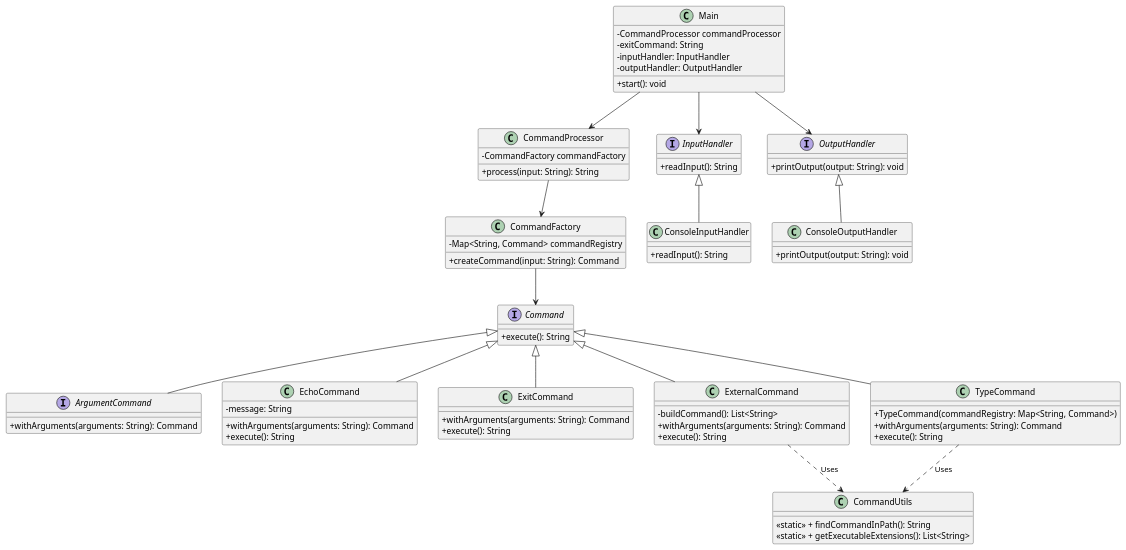
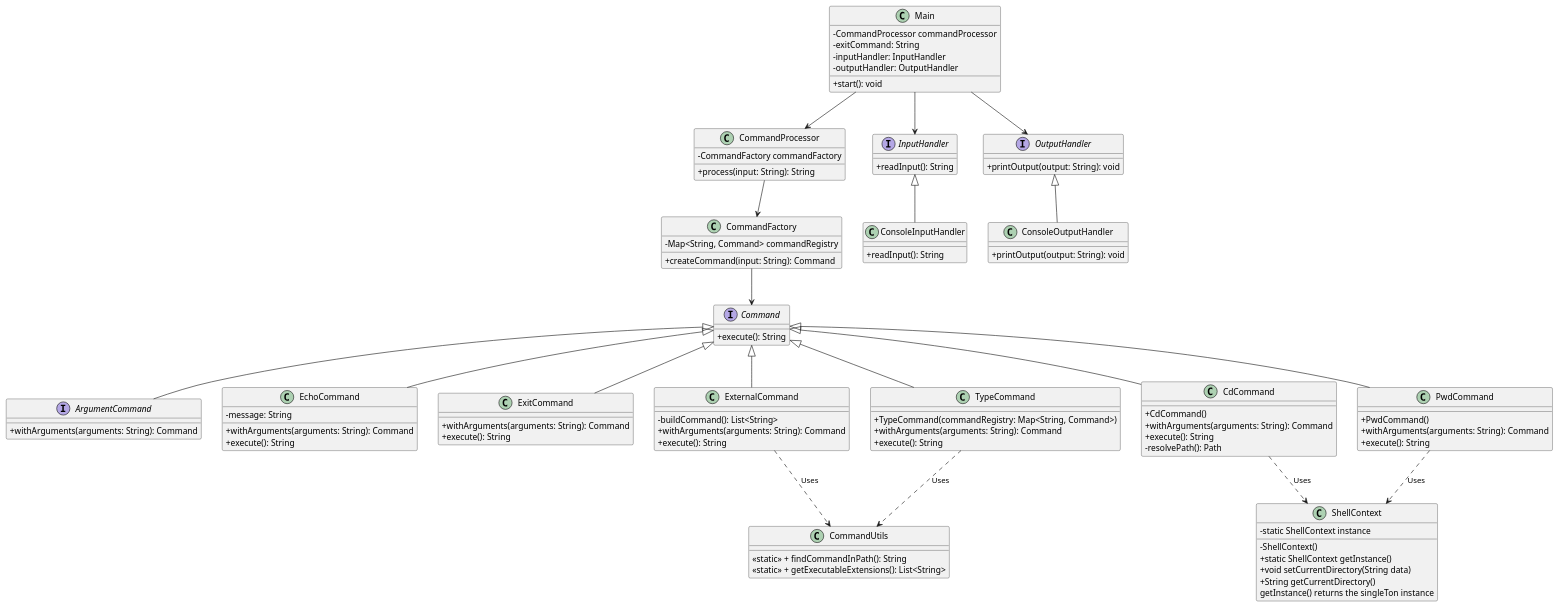
One commit to riotgage/Nimbus changed the diagram in src/docs/nimbus.puml. Above: the diagram before and after it, drawn with PlantUML. The commit also changed 7 other files, not shown here.

```diff
--- a/src/docs/nimbus.puml
+++ b/src/docs/nimbus.puml
@@ -1,92 +1,120 @@
 @startuml
 skinparam classAttributeIconSize 0
 
 class Main {
     - CommandProcessor commandProcessor
     - exitCommand: String
     - inputHandler: InputHandler
     - outputHandler: OutputHandler
     + start(): void
 }
 
 class CommandProcessor {
     - CommandFactory commandFactory
     + process(input: String): String
 }
 
 interface Command {
     + execute(): String
 }
 
 interface ArgumentCommand {
     + withArguments(arguments: String): Command
 }
 
-Command <|-- ArgumentCommand
-Command <|-- EchoCommand
-Command <|-- ExitCommand
-Command <|-- ExternalCommand
-Command <|-- TypeCommand
-
 class EchoCommand {
     - message: String
     + withArguments(arguments: String): Command
     + execute(): String
 }
 
 class ExitCommand {
     + withArguments(arguments: String): Command
     + execute(): String
 }
 
 class ExternalCommand {
     - buildCommand(): List<String>
     + withArguments(arguments: String): Command
     + execute(): String
 }
 
 class TypeCommand {
     + TypeCommand(commandRegistry: Map<String, Command>)
+    + withArguments(arguments: String): Command
+    + execute(): String
+}
+
+class CdCommand {
+    + CdCommand()
+    + withArguments(arguments: String): Command
+    + execute(): String
+    - resolvePath(): Path
+}
+
+class PwdCommand {
+    + PwdCommand()
     + withArguments(arguments: String): Command
     + execute(): String
 }
 
 class CommandFactory {
     - Map<String, Command> commandRegistry
     + createCommand(input: String): Command
 }
 
 interface InputHandler {
     + readInput(): String
 }
 
 class ConsoleInputHandler {
     + readInput(): String
 }
 
 InputHandler <|-- ConsoleInputHandler
 
 interface OutputHandler {
     + printOutput(output: String): void
 }
 
 class ConsoleOutputHandler {
     + printOutput(output: String): void
 }
 
 OutputHandler <|-- ConsoleOutputHandler
 
 class CommandUtils {
     <<static>> + findCommandInPath(): String
     <<static>> + getExecutableExtensions(): List<String>
 }
+class ShellContext {
+    - static ShellContext instance
+    - ShellContext()
+    + static ShellContext getInstance()
+    + void setCurrentDirectory(String data)
+    + String getCurrentDirectory()
+}
+
+ShellContext : getInstance() returns the singleTon instance
 
 TypeCommand ..> CommandUtils : Uses
 ExternalCommand ..> CommandUtils : Uses
+
+CdCommand ..> ShellContext : Uses
+PwdCommand ..> ShellContext : Uses
 
 Main --> CommandProcessor
 CommandProcessor --> CommandFactory
 CommandFactory --> Command
 Main --> InputHandler
 Main --> OutputHandler
+
+
+Command <|-- ArgumentCommand
+Command <|-- EchoCommand
+Command <|-- ExitCommand
+Command <|-- ExternalCommand
+Command <|-- TypeCommand
+Command <|-- CdCommand
+Command <|-- PwdCommand
 @enduml
```
